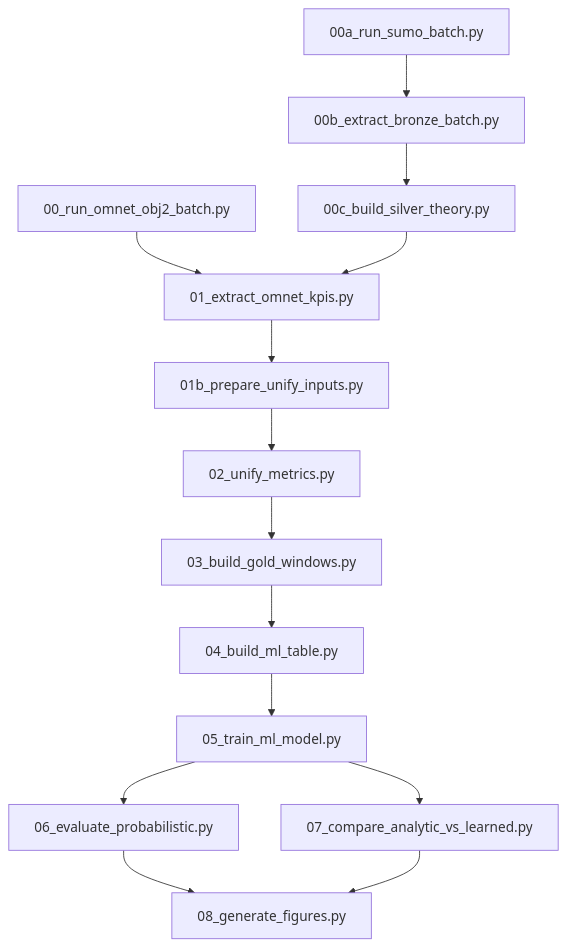
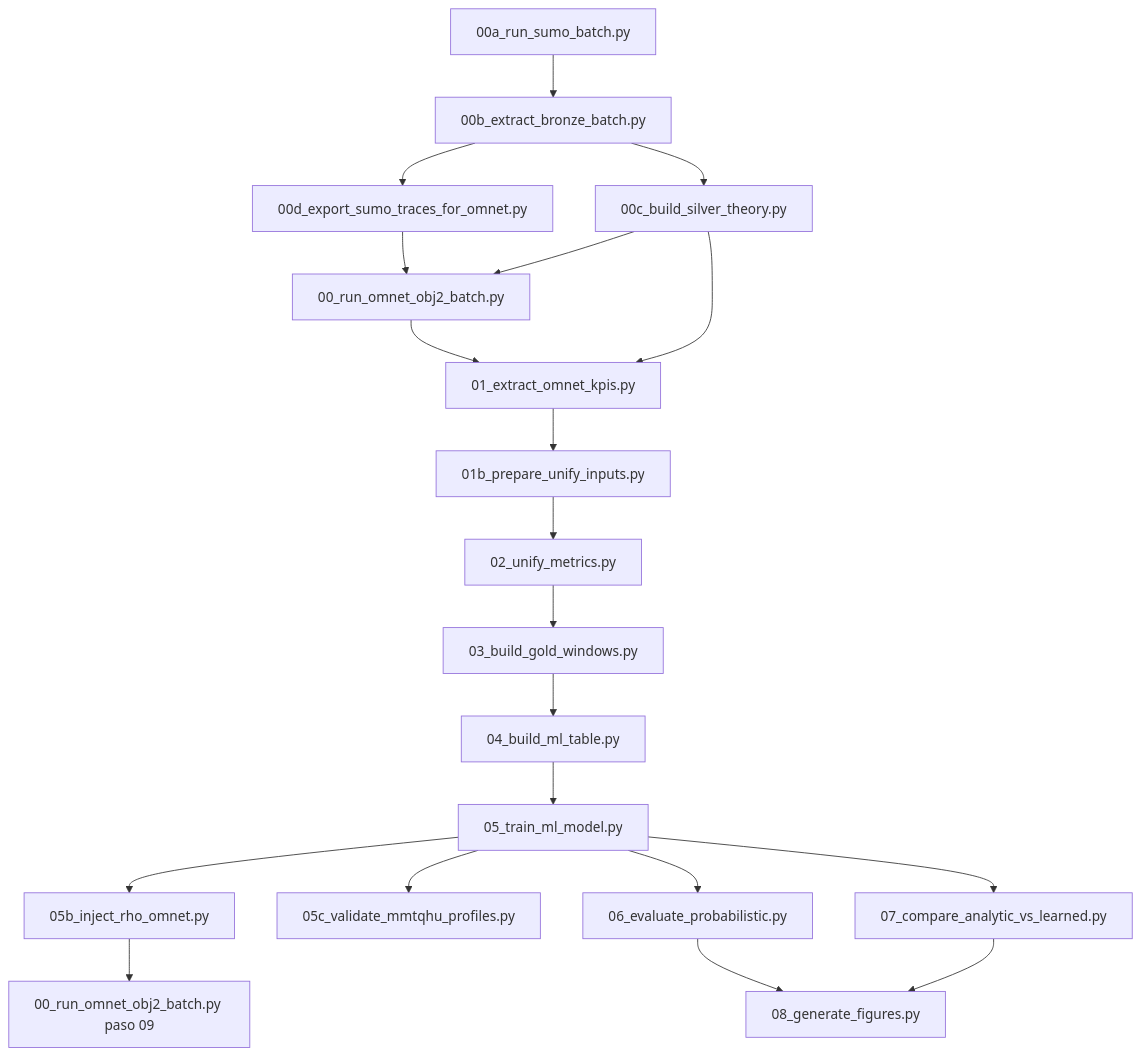
Before and after one commit to josearpa123/InTAS_Gradient_Boosting: the second of 3 diagrams in README.md, drawn with Mermaid. The commit also changed other lines of this file and 23 other files, not shown here.

````diff
--- a/README.md
+++ b/README.md
@@ -94,16 +101,22 @@
 ```mermaid
 flowchart TD
     S0A[00a_run_sumo_batch.py] --> S0B[00b_extract_bronze_batch.py]
     S0B --> S0C[00c_build_silver_theory.py]
-    O0[00_run_omnet_obj2_batch.py] --> M1[01_extract_omnet_kpis.py]
+    S0B --> S0D[00d_export_sumo_traces_for_omnet.py]
+    S0D --> O0[00_run_omnet_obj2_batch.py]
+    S0C --> O0
+    O0 --> M1[01_extract_omnet_kpis.py]
     S0C --> M1
     M1 --> M1B[01b_prepare_unify_inputs.py]
     M1B --> M2[02_unify_metrics.py]
     M2 --> M3[03_build_gold_windows.py]
     M3 --> M4[04_build_ml_table.py]
     M4 --> M5[05_train_ml_model.py]
+    M5 --> M5B[05b_inject_rho_omnet.py]
+    M5 --> M5C[05c_validate_mmtqhu_profiles.py]
+    M5B --> O09[00_run_omnet_obj2_batch.py paso 09]
     M5 --> M6[06_evaluate_probabilistic.py]
     M5 --> M7[07_compare_analytic_vs_learned.py]
     M6 --> M8[08_generate_figures.py]
     M7 --> M8
 ```
````
